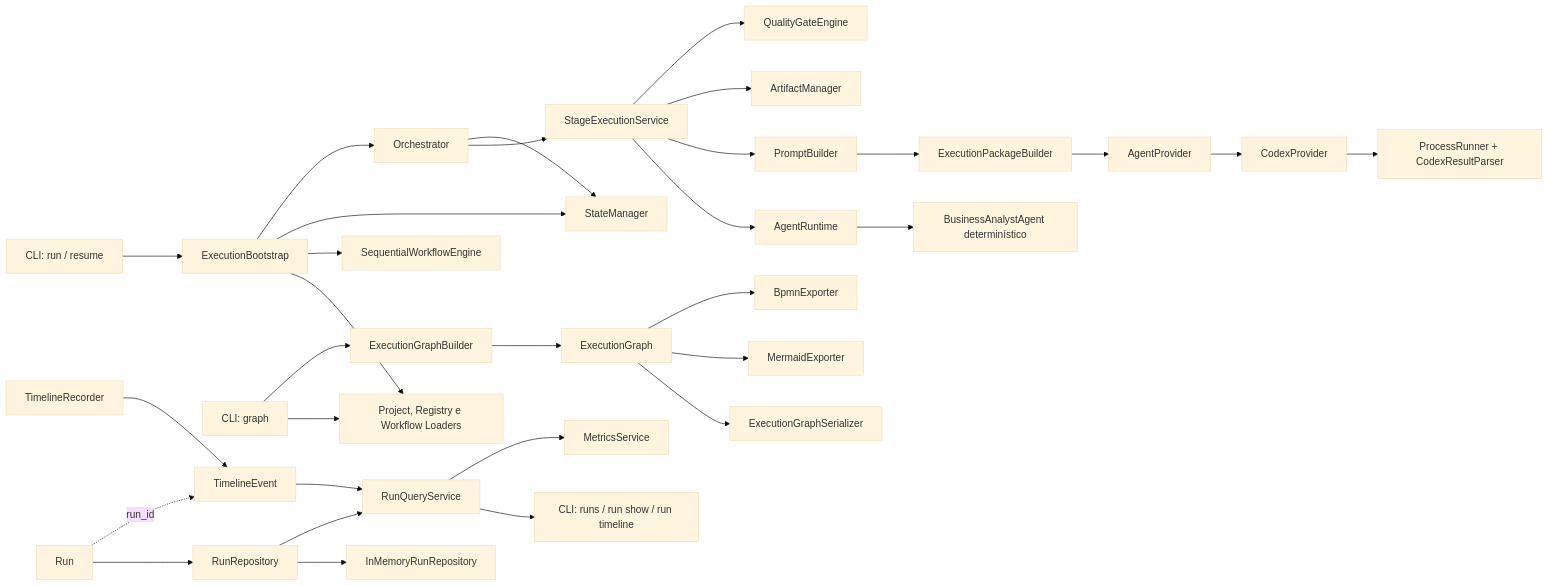
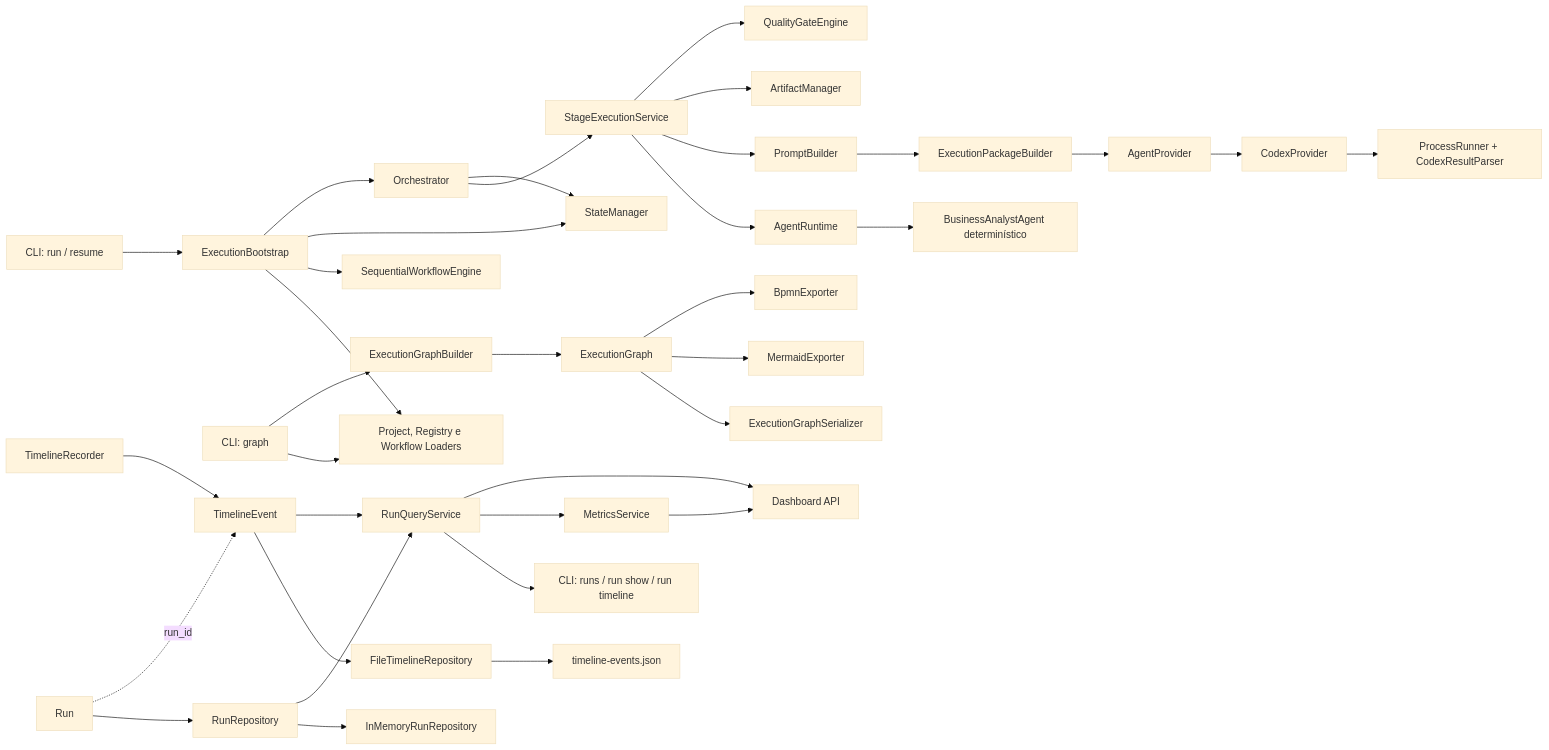
One commit to paul-92/fabrica-de-software changed the diagram in docs/architecture/ASEP-Architecture-v1.md. Above: the diagram before and after it, drawn with Mermaid (base theme). The commit also changed other lines of this file and 18 other files, not shown here.

Commit message:
feat: add file timeline repository

````diff
--- a/docs/architecture/ASEP-Architecture-v1.md
+++ b/docs/architecture/ASEP-Architecture-v1.md
@@ -36,34 +36,38 @@
 ```mermaid
 flowchart LR
     CLI["CLI: run / resume"] --> BOOT["ExecutionBootstrap"]
     BOOT --> LOADERS["Project, Registry e Workflow Loaders"]
     BOOT --> ENGINE["SequentialWorkflowEngine"]
     BOOT --> STATE["StateManager"]
     BOOT --> ORCH["Orchestrator"]
     ORCH --> STAGE["StageExecutionService"]
     STAGE --> RUNTIME["AgentRuntime"]
     RUNTIME --> BA["BusinessAnalystAgent determinístico"]
     STAGE --> PROMPT["PromptBuilder"]
     PROMPT --> PACKAGE["ExecutionPackageBuilder"]
     PACKAGE --> PORT["AgentProvider"]
     PORT --> CODEX["CodexProvider"]
     CODEX --> PROCESS["ProcessRunner + CodexResultParser"]
     STAGE --> ARTIFACT["ArtifactManager"]
     STAGE --> GATE["QualityGateEngine"]
     ORCH --> STATE
 
     GRAPHCLI["CLI: graph"] --> LOADERS
     GRAPHCLI --> GB["ExecutionGraphBuilder"]
     GB --> GRAPH["ExecutionGraph"]
     GRAPH --> JSON["ExecutionGraphSerializer"]
     GRAPH --> MERMAID["MermaidExporter"]
     GRAPH --> BPMN["BpmnExporter"]
     RUNMODEL["Run"] --> RUNREPO["RunRepository"]
     RUNREPO --> MEMORY["InMemoryRunRepository"]
     RUNMODEL -. run_id .-> TIMELINE["TimelineEvent"]
     RECORDER["TimelineRecorder"] --> TIMELINE
+    TIMELINE --> FILETIMELINE["FileTimelineRepository"]
+    FILETIMELINE --> TIMELINEJSON["timeline-events.json"]
     RUNREPO --> QUERY["RunQueryService"]
     TIMELINE --> QUERY
     QUERY --> HISTORY["CLI: runs / run show / run timeline"]
     QUERY --> METRICS["MetricsService"]
+    QUERY --> DASHAPI["Dashboard API"]
+    METRICS --> DASHAPI
 ```
````
